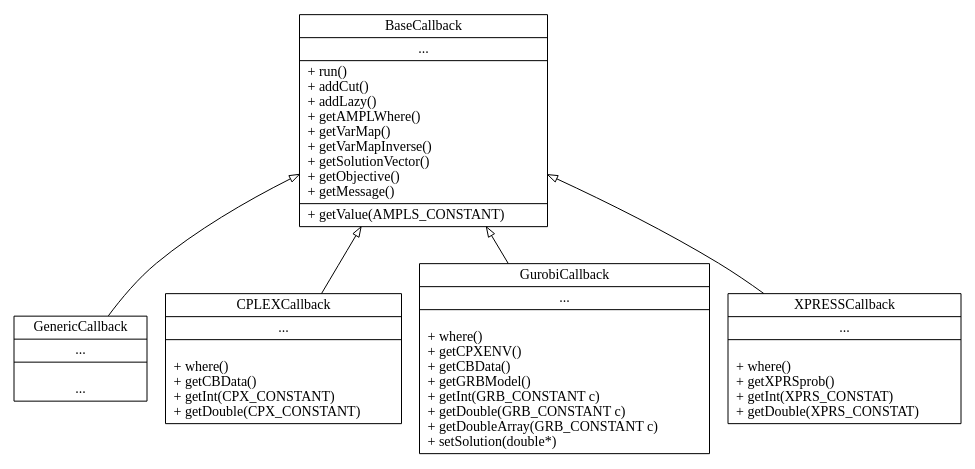
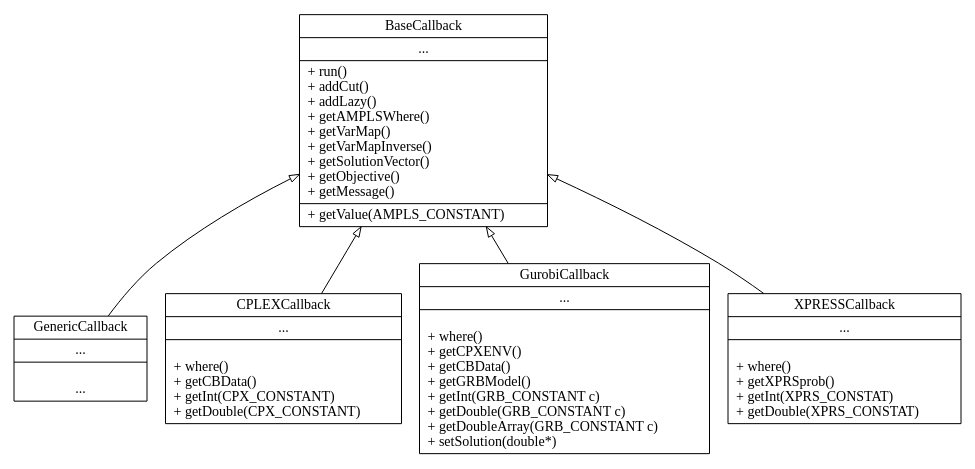
The diagram in doc/rst/images/Callbacks.dot (ampl/ampls-api), drawn with Graphviz before and after one commit. The commit also changed 50 other files, not shown here.

```diff
--- a/doc/rst/images/Callbacks.dot
+++ b/doc/rst/images/Callbacks.dot
@@ -1,17 +1,17 @@
 digraph hierarchy {
 size="10,6"
 node[shape=record,style=filled,fillcolor=white]
 edge[dir=back, arrowtail=empty]
 
 
-BaseCallback[label = "{BaseCallback|...|+ run()\l+ addCut()\l+ addLazy()\l+ getAMPLWhere()\l+ getVarMap()\l+ getVarMapInverse()\l+ getSolutionVector()\l+ getObjective()\l+ getMessage()\l|+ getValue(AMPLS_CONSTANT)\l}"]
+BaseCallback[label = "{BaseCallback|...|+ run()\l+ addCut()\l+ addLazy()\l+ getAMPLSWhere()\l+ getVarMap()\l+ getVarMapInverse()\l+ getSolutionVector()\l+ getObjective()\l+ getMessage()\l|+ getValue(AMPLS_CONSTANT)\l}"]
 GenericCallback[label = "{GenericCallback|...|\l...}"]
 CPLEXCallback[label = "{CPLEXCallback|...|\l+ where()\l+ getCBData()\l+ getInt(CPX_CONSTANT)\l+ getDouble(CPX_CONSTANT)\l}"]
 GurobiCallback[label = "{GurobiCallback|...|\l+ where()\l+ getCPXENV()\l+ getCBData()\l+ getGRBModel()\l+ getInt(GRB_CONSTANT c)\l+ getDouble(GRB_CONSTANT c)\l+ getDoubleArray(GRB_CONSTANT c)\l+ setSolution(double*)\l}"]
 XPRESSCallback[label = "{XPRESSCallback|...|\l+ where()\l+ getXPRSprob()\l+ getInt(XPRS_CONSTAT)\l+ getDouble(XPRS_CONSTAT)\l}"]
 
 BaseCallback->GenericCallback
 BaseCallback->CPLEXCallback
 BaseCallback->GurobiCallback
 BaseCallback->XPRESSCallback
 }
```
